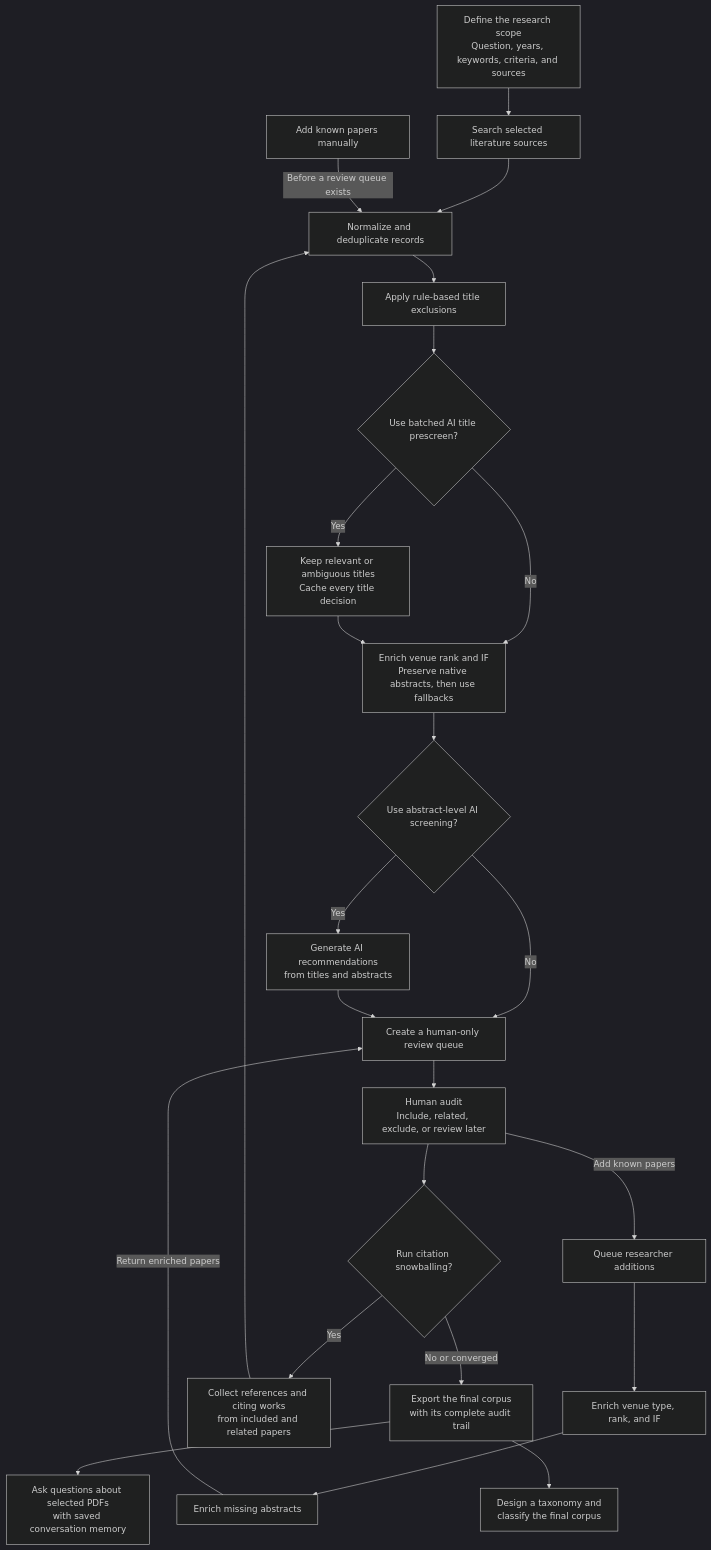
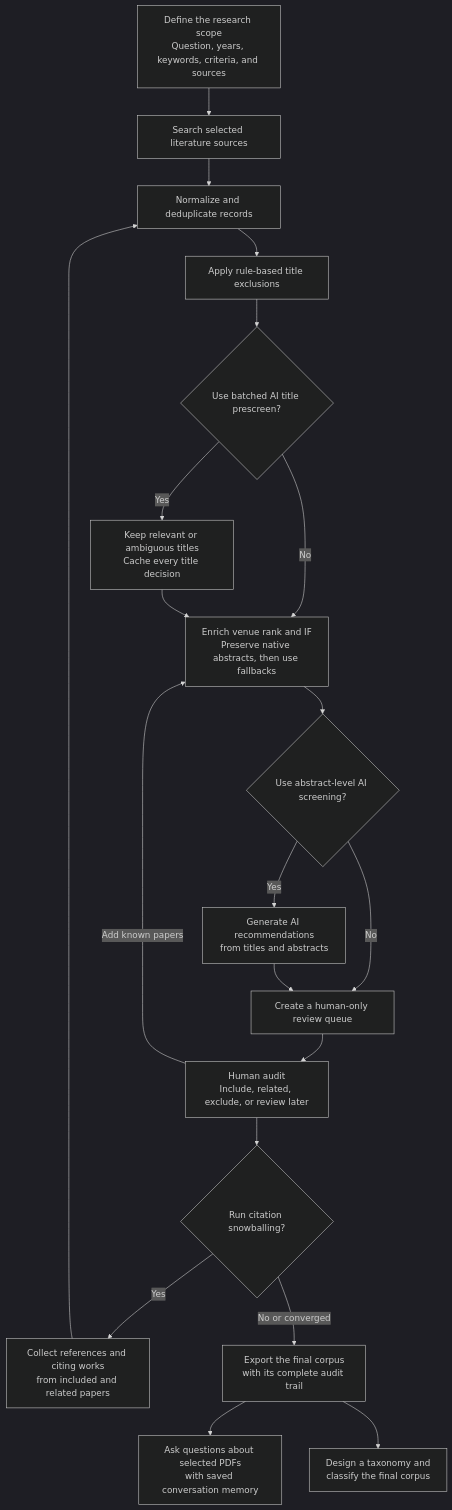
Before and after one commit to yo4c5ama/survey-tool: the diagram in README.md, drawn with Mermaid (dark theme). The commit also changed other lines of this file and 4 other files, not shown here.

````diff
--- a/README.md
+++ b/README.md
@@ -12,26 +12,22 @@
 ```mermaid
 flowchart TD
     A["Define the research scope<br/>Question, years, keywords, criteria, and sources"] --> B["Search selected literature sources"]
     B --> C["Normalize and deduplicate records"]
-    P["Add known papers manually"] -- "Before a review queue exists" --> C
     C --> E["Apply rule-based title exclusions"]
     E --> T{"Use batched AI title prescreen?"}
     T -- Yes --> U["Keep relevant or ambiguous titles<br/>Cache every title decision"]
     T -- No --> D["Enrich venue rank and IF<br/>Preserve native abstracts, then use fallbacks"]
     U --> D
     D --> F{"Use abstract-level AI screening?"}
     F -- Yes --> G["Generate AI recommendations<br/>from titles and abstracts"]
     F -- No --> H["Create a human-only review queue"]
     G --> H
     H --> I["Human audit<br/>Include, related, exclude, or review later"]
-    I -- "Add known papers" --> Q["Queue researcher additions"]
-    Q --> V["Enrich venue type, rank, and IF"]
-    V --> W["Enrich missing abstracts"]
-    W -- "Return enriched papers" --> H
+    I -- "Add known papers" --> D
     I --> J{"Run citation snowballing?"}
     J -- Yes --> K["Collect references and citing works<br/>from included and related papers"]
     K --> C
     J -- "No or converged" --> L["Export the final corpus<br/>with its complete audit trail"]
     L --> M["Ask questions about selected PDFs<br/>with saved conversation memory"]
     L --> N["Design a taxonomy and<br/>classify the final corpus"]
 ```
````
